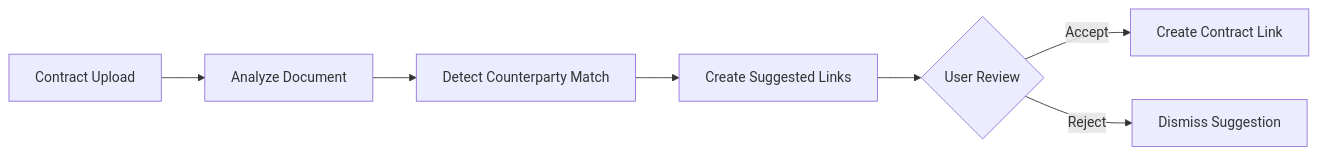
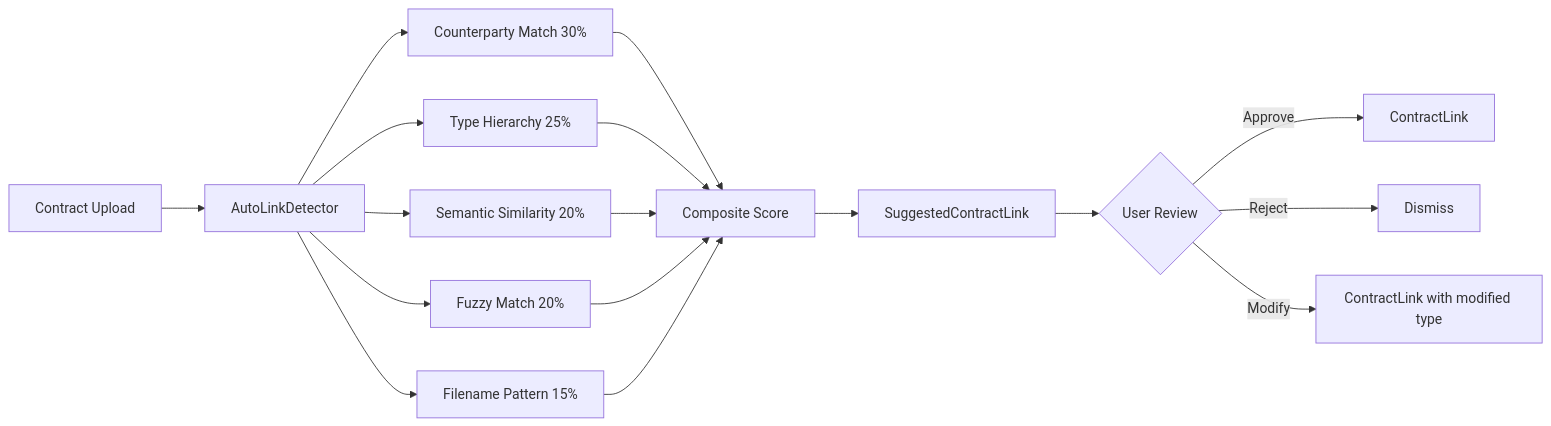
Before and after one commit to jjayarajdev/clm-evaluetor: diagram 22 of 33 in docs/DATA_MODEL.md, drawn with Mermaid. The commit also changed other lines of this file and 6 other files, not shown here.

First line of the commit message:
docs: Update all project docs with schema library, contract linking, and metadata extraction progress

````diff
--- a/docs/DATA_MODEL.md
+++ b/docs/DATA_MODEL.md
@@ -938,9 +944,19 @@
 ```mermaid
 flowchart LR
-    Upload[Contract Upload] --> Analyze[Analyze Document]
-    Analyze --> Detect[Detect Counterparty Match]
-    Detect --> Suggest[Create Suggested Links]
+    Upload[Contract Upload] --> Analyze[AutoLinkDetector]
+    Analyze --> S1[Counterparty Match 30%]
+    Analyze --> S2[Type Hierarchy 25%]
+    Analyze --> S3[Semantic Similarity 20%]
+    Analyze --> S4[Fuzzy Match 20%]
+    Analyze --> S5[Filename Pattern 15%]
+    S1 --> Score[Composite Score]
+    S2 --> Score
+    S3 --> Score
+    S4 --> Score
+    S5 --> Score
+    Score --> Suggest[SuggestedContractLink]
     Suggest --> Review{User Review}
-    Review -->|Accept| Create[Create Contract Link]
-    Review -->|Reject| Dismiss[Dismiss Suggestion]
+    Review -->|Approve| Create[ContractLink]
+    Review -->|Reject| Dismiss[Dismiss]
+    Review -->|Modify| ModCreate[ContractLink with modified type]
 ```
````
